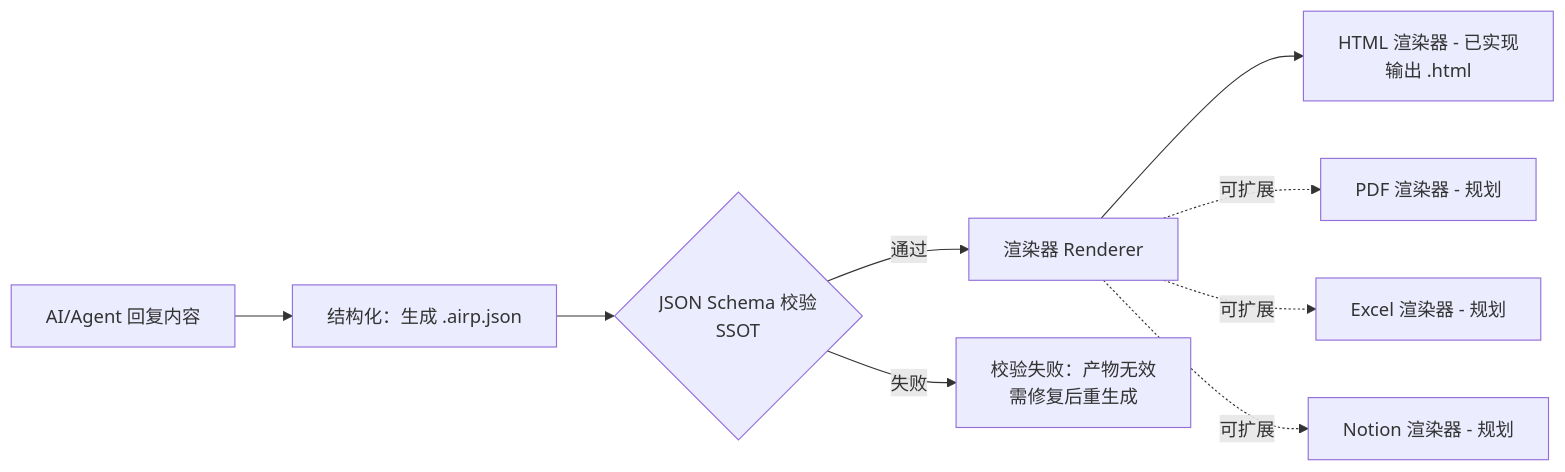
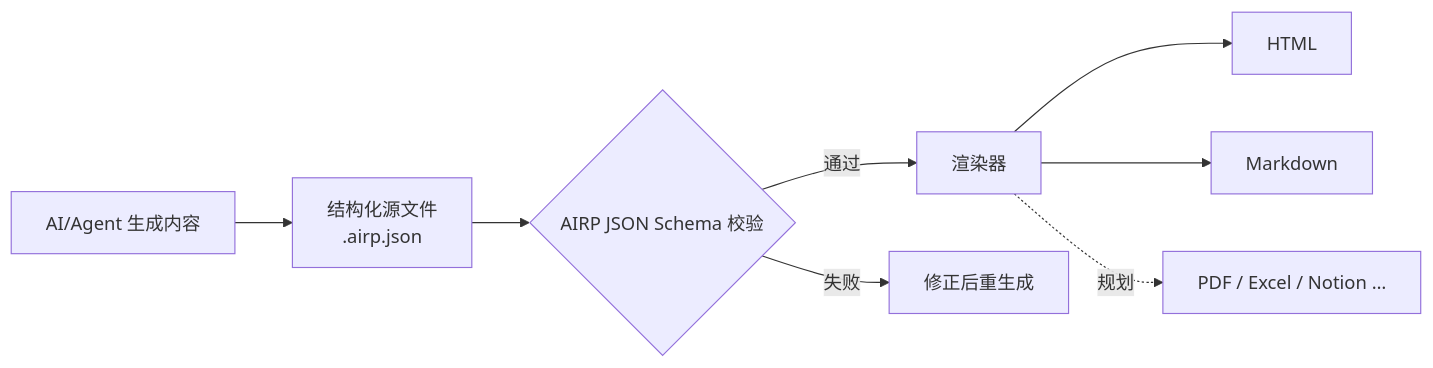
One commit to maosong-ai/airp changed the diagram in README.cn.md. Above: the diagram before and after it, drawn with Mermaid. The commit also changed other lines of this file and 9 other files, not shown here.

````diff
--- a/README.cn.md
+++ b/README.cn.md
@@ -29,11 +62,10 @@
 ```mermaid
 flowchart LR
-  A[AI/Agent 回复内容] --> B[结构化：生成 .airp.json]
-  B --> C{JSON Schema 校验<br/>SSOT}
-  C -- 通过 --> D[渲染器 Renderer]
-  C -- 失败 --> E[校验失败：产物无效<br/>需修复后重生成]
-  D --> H[HTML 渲染器 - 已实现<br/>输出 .html]
-  D -. 可扩展 .-> P[PDF 渲染器 - 规划]
-  D -. 可扩展 .-> X[Excel 渲染器 - 规划]
-  D -. 可扩展 .-> N[Notion 渲染器 - 规划]
+  A[AI/Agent 生成内容] --> B[结构化源文件<br/>.airp.json]
+  B --> C{AIRP JSON Schema 校验}
+  C -- 通过 --> D[渲染器]
+  C -- 失败 --> E[修正后重生成]
+  D --> H[HTML]
+  D --> M[Markdown]
+  D -. 规划 .-> P[PDF / Excel / Notion …]
 ```
````
